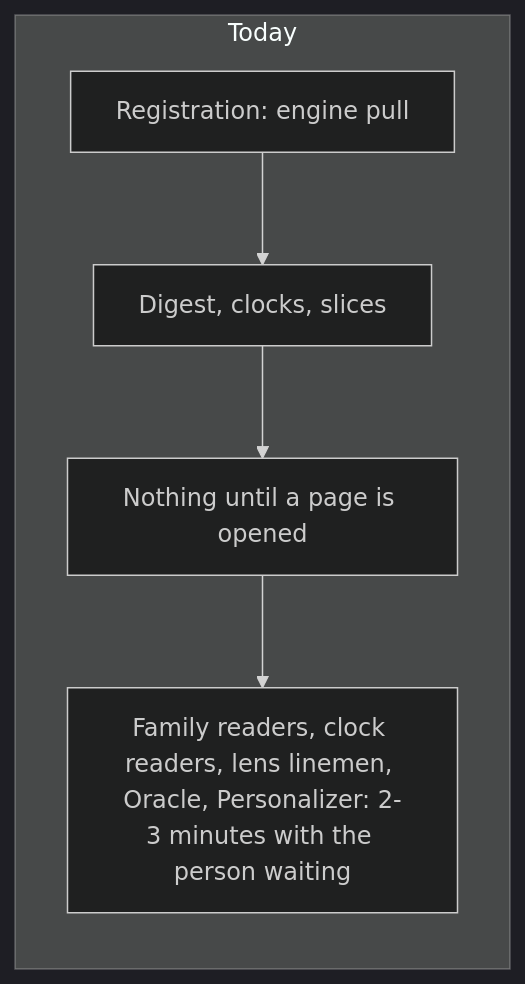
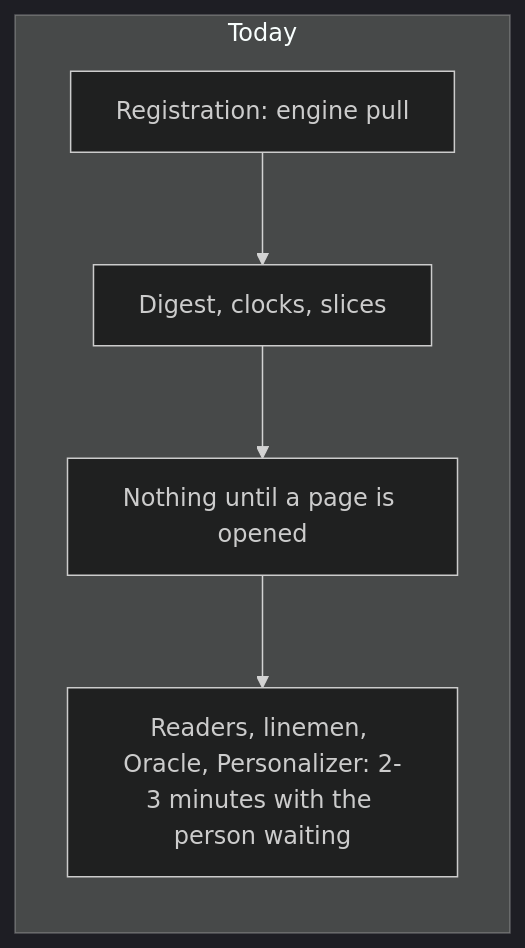
Before and after one commit to sachinm/AIAstraServer: the first of 2 diagrams in docs/techniques/11-reading-prepared-ahead.md, drawn with Mermaid (dark theme). The commit also changed other lines of this file and 16 other files, not shown here.

````diff
--- a/docs/techniques/11-reading-prepared-ahead.md
+++ b/docs/techniques/11-reading-prepared-ahead.md
@@ -149,8 +134,8 @@
 ```mermaid
 flowchart LR
   subgraph Today
     A1[Registration: engine pull] --> A2[Digest, clocks, slices]
     A2 --> A3[Nothing until a page is opened]
-    A3 --> A4[Family readers, clock readers, lens linemen, Oracle, Personalizer: 2-3 minutes with the person waiting]
+    A3 --> A4[Readers, linemen, Oracle, Personalizer: 2-3 minutes with the person waiting]
   end
 ```
````
